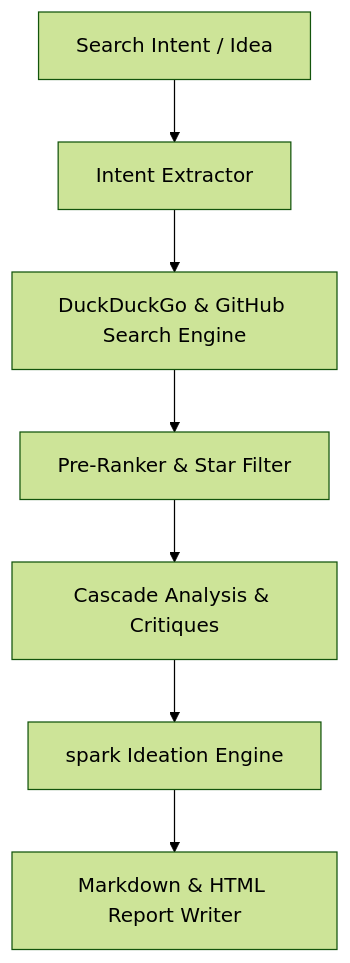
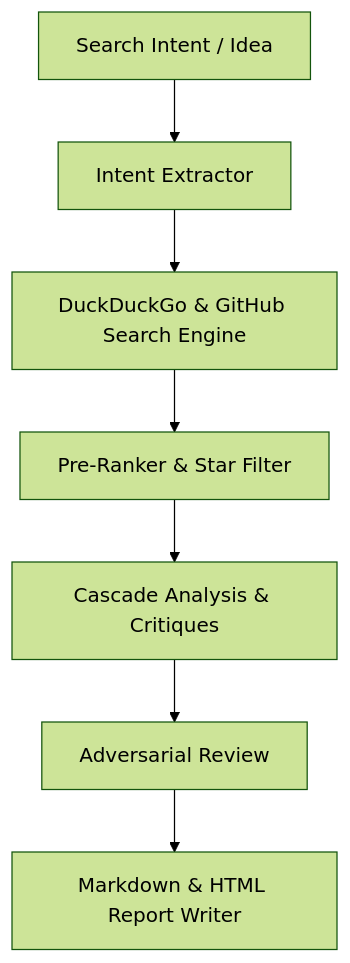
One commit to G10DC/git-researcher changed the diagram in docs/PLANNING.md. Above: the diagram before and after it, drawn with Mermaid (forest theme). The commit also changed other lines of this file and 11 other files, not shown here.

````diff
--- a/docs/PLANNING.md
+++ b/docs/PLANNING.md
@@ -10,9 +10,9 @@
 ```mermaid
 graph TD
     Query["Search Intent / Idea"] --> Intent["Intent Extractor"]
     Intent --> Search["DuckDuckGo & GitHub Search Engine"]
     Search --> Ranker["Pre-Ranker & Star Filter"]
     Ranker --> Cascade["Cascade Analysis & Critiques"]
-    Cascade --> Spark["spark Ideation Engine"]
-    Spark --> Writer["Markdown & HTML Report Writer"]
+    Cascade --> Adversarial["Adversarial Review"]
+    Adversarial --> Writer["Markdown & HTML Report Writer"]
 ```
````
